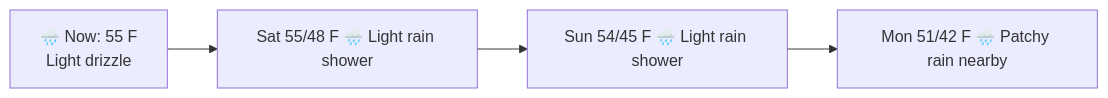
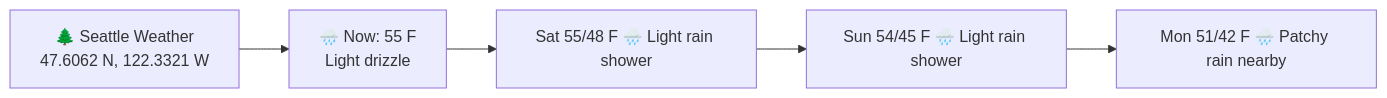
Before and after one commit to 23skdu/23skdu: the diagram in README.md, drawn with Mermaid. The commit also changed 1 other file, not shown here.

Commit message:
Label diagram Seattle Weather with coords and Seattle graphic

````diff
--- a/README.md
+++ b/README.md
@@ -2,8 +2,9 @@
 ```mermaid
 flowchart LR
+    T["🌲 Seattle Weather\n47.6062 N, 122.3321 W"]
     N["🌧️ Now: 55 F\nLight drizzle"]
     D1["Sat 55/48 F 🌧️ Light rain shower"]
     D2["Sun 54/45 F 🌧️ Light rain shower"]
     D3["Mon 51/42 F 🌧️ Patchy rain nearby"]
-    N --> D1 --> D2 --> D3
+    T --> N --> D1 --> D2 --> D3
 ```
````
